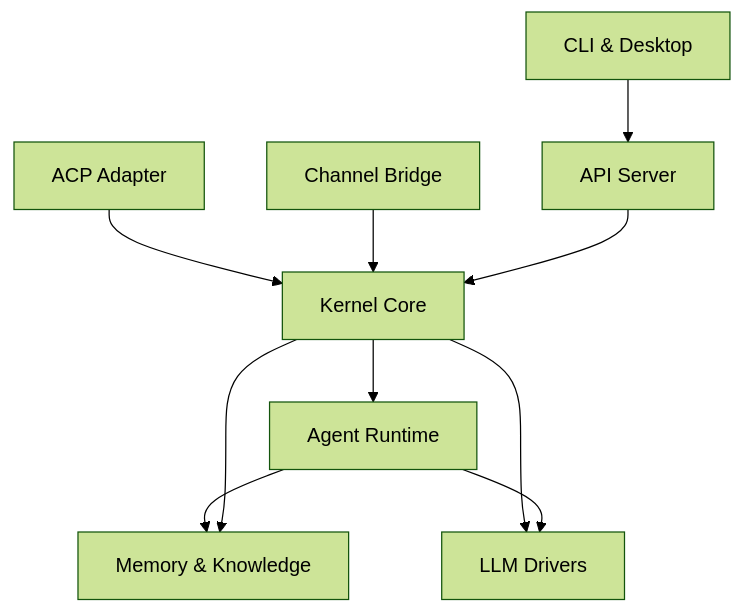
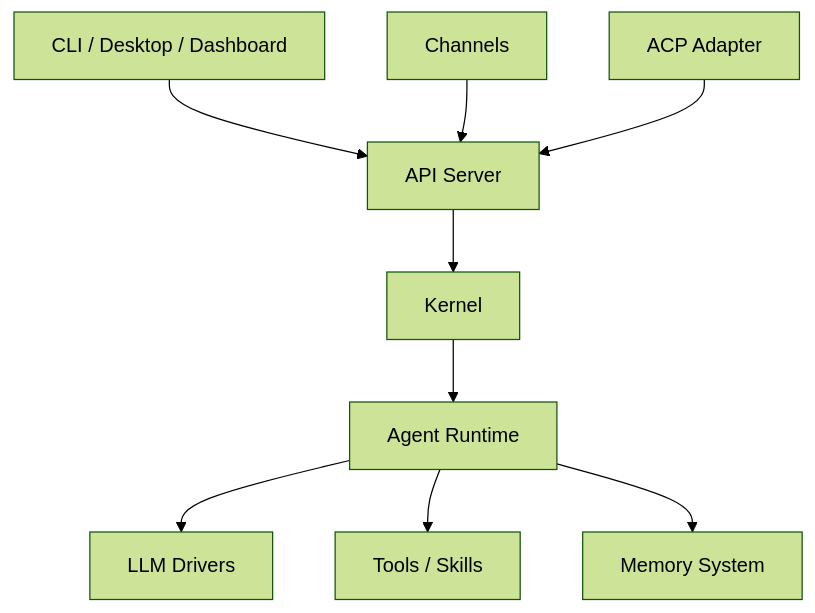
One commit to leszek3737/librefang-WIki changed the diagram in overview.md. Above: the diagram before and after it, drawn with Mermaid (forest theme). The commit also changed other lines of this file and 122 other files, not shown here.

````diff
--- a/overview.md
+++ b/overview.md
@@ -11,23 +9,16 @@
 ```mermaid
 graph TD
-    Clients["CLI & Desktop"]
-    Editors["ACP Adapter"]
-    Channels["Channel Bridge"]
+    UI["CLI / Desktop / Dashboard"]
+    CH["Channels"]
+    ACP["ACP Adapter"]
 
-    API["API Server"]
+    UI --> API
+    CH --> API
+    ACP --> API
 
-    Kernel["Kernel Core"]
-    Runtime["Agent Runtime"]
-    LLM["LLM Drivers"]
-    Memory["Memory & Knowledge"]
-
-    Clients --> API
-    Editors --> Kernel
-    Channels --> Kernel
-    API --> Kernel
-    Kernel --> Runtime
-    Kernel --> LLM
-    Runtime --> Memory
-    Runtime --> LLM
-    Kernel --> Memory
+    API["API Server"] --> K["Kernel"]
+    K --> RT["Agent Runtime"]
+    RT --> LLM["LLM Drivers"]
+    RT --> TOOLS["Tools / Skills"]
+    RT --> MEM["Memory System"]
 ```
````
